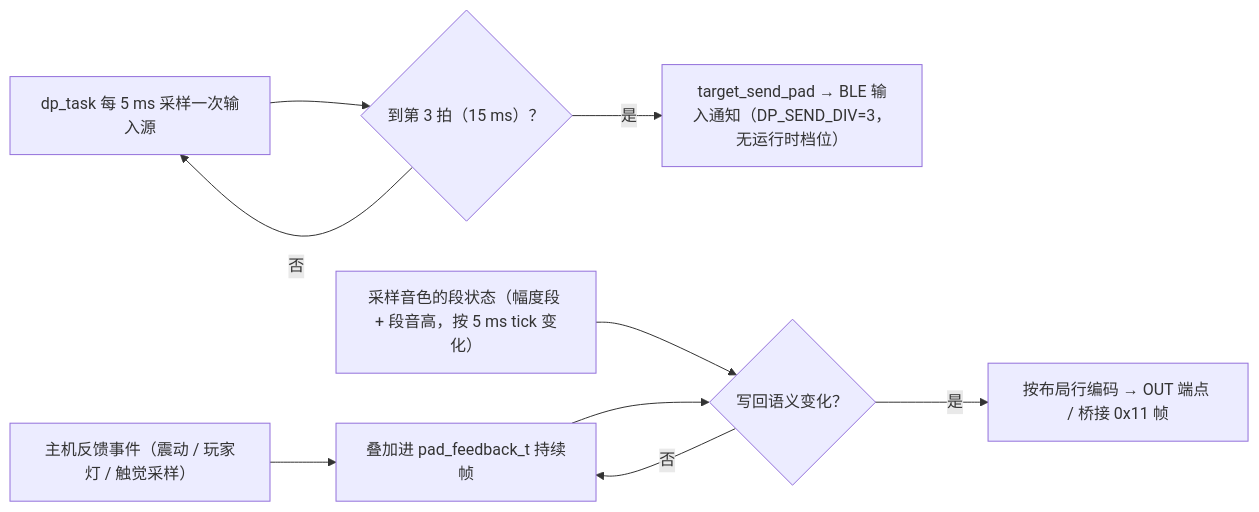
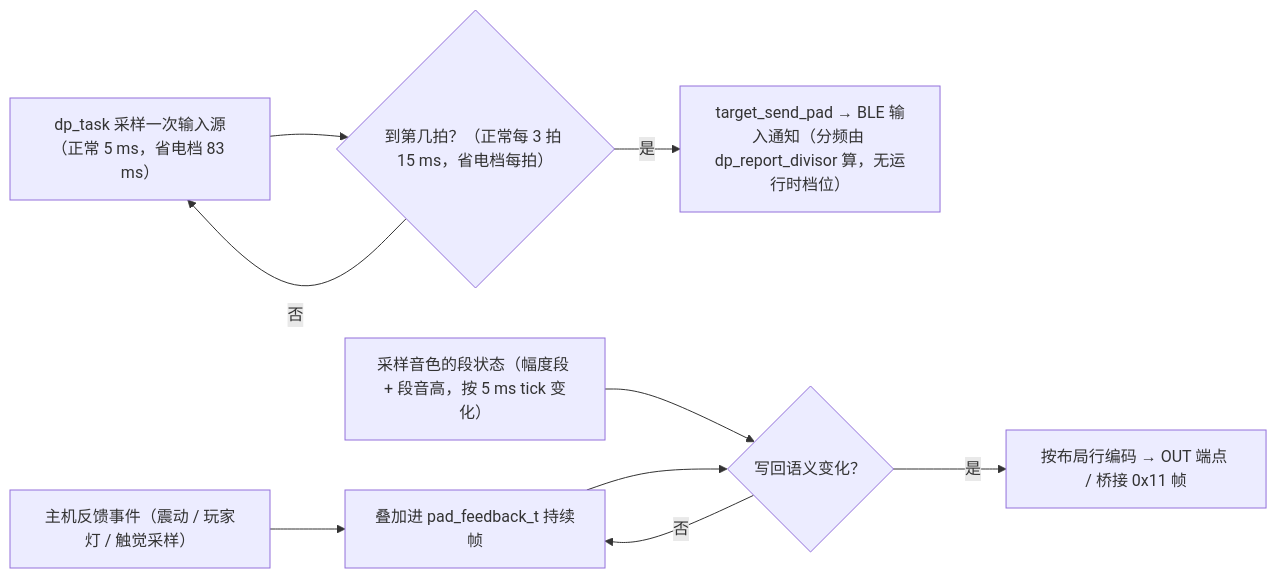
Before and after one commit to slime7/remapad: the third of 9 diagrams in docs/ABSTRACTIONS.md, drawn with Mermaid. The commit also changed other lines of this file and 29 other files, not shown here.

````diff
--- a/docs/ABSTRACTIONS.md
+++ b/docs/ABSTRACTIONS.md
@@ -202,11 +203,11 @@
 ```mermaid
 flowchart LR
-    Sample["dp_task 每 5 ms 采样一次输入源"] --> Send{"到第 3 拍（15 ms）？"}
-    Send -->|"是"| Report["target_send_pad → BLE 输入通知（DP_SEND_DIV=3，无运行时档位）"]
+    Sample["dp_task 采样一次输入源（正常 5 ms，省电档 83 ms）"] --> Send{"到第几拍？（正常每 3 拍 15 ms，省电档每拍）"}
+    Send -->|"是"| Report["target_send_pad → BLE 输入通知（分频由 dp_report_divisor 算，无运行时档位）"]
     Send -->|"否"| Sample
     Host["主机反馈事件（震动 / 玩家灯 / 触觉采样）"] --> Merge["叠加进 pad_feedback_t 持续帧"]
     Tone["采样音色的段状态（幅度段 + 段音高，按 5 ms tick 变化）"] --> Deliver
     Merge --> Deliver{"写回语义变化？"}
     Deliver -->|"是"| Out["按布局行编码 → OUT 端点 / 桥接 0x11 帧"]
     Deliver -->|"否"| Merge
 ```
````
